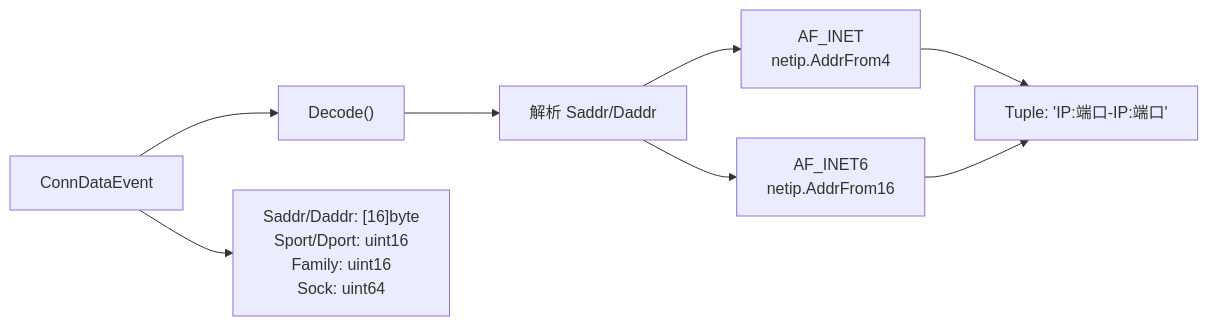
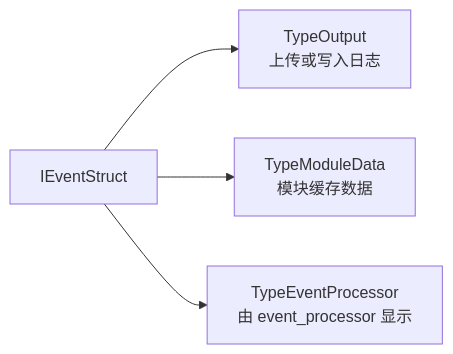
Before and after one commit to gojue/ecapture.cc: the second of 7 diagrams in src/zh/5-development-guide/5.4-event-processing-and-parsers.md, drawn with Mermaid. The commit also changed other lines of this file and 115 other files, not shown here.

````diff
--- a/src/zh/5-development-guide/5.4-event-processing-and-parsers.md
+++ b/src/zh/5-development-guide/5.4-event-processing-and-parsers.md
@@ -157,13 +102,6 @@
 ```mermaid
 graph LR
-    ConnDataEvent["ConnDataEvent"]
-    
-    ConnDataEvent --> Decode["Decode()"]
-    Decode --> ParseAddrs["解析 Saddr/Daddr"]
-    ParseAddrs --> IPv4["AF_INET<br/>netip.AddrFrom4"]
-    ParseAddrs --> IPv6["AF_INET6<br/>netip.AddrFrom16"]
-    IPv4 --> Tuple["Tuple: 'IP:端口-IP:端口'"]
-    IPv6 --> Tuple
-    
-    ConnDataEvent --> Fields["Saddr/Daddr: [16]byte<br/>Sport/Dport: uint16<br/>Family: uint16<br/>Sock: uint64"]
+    EVENT["IEventStruct"] --> OUTPUT["TypeOutput<br/>上传或写入日志"]
+    EVENT --> MODULE["TypeModuleData<br/>模块缓存数据"]
+    EVENT --> PROCESSOR["TypeEventProcessor<br/>由 event_processor 显示"]
 ```
````
